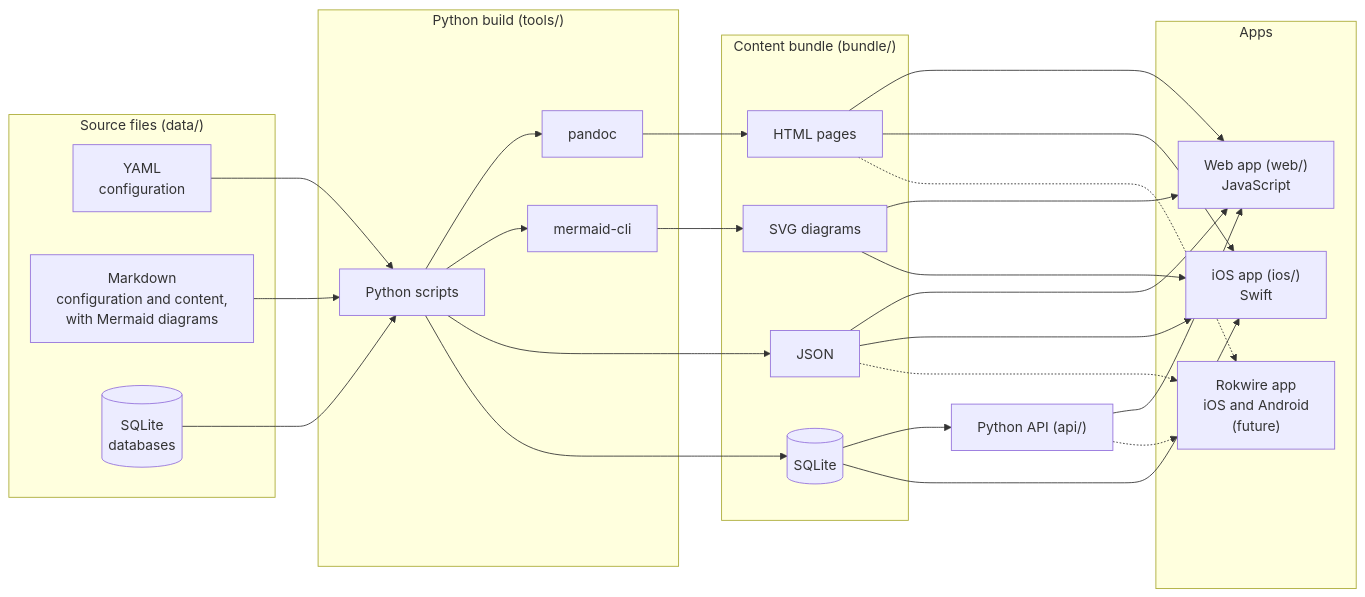
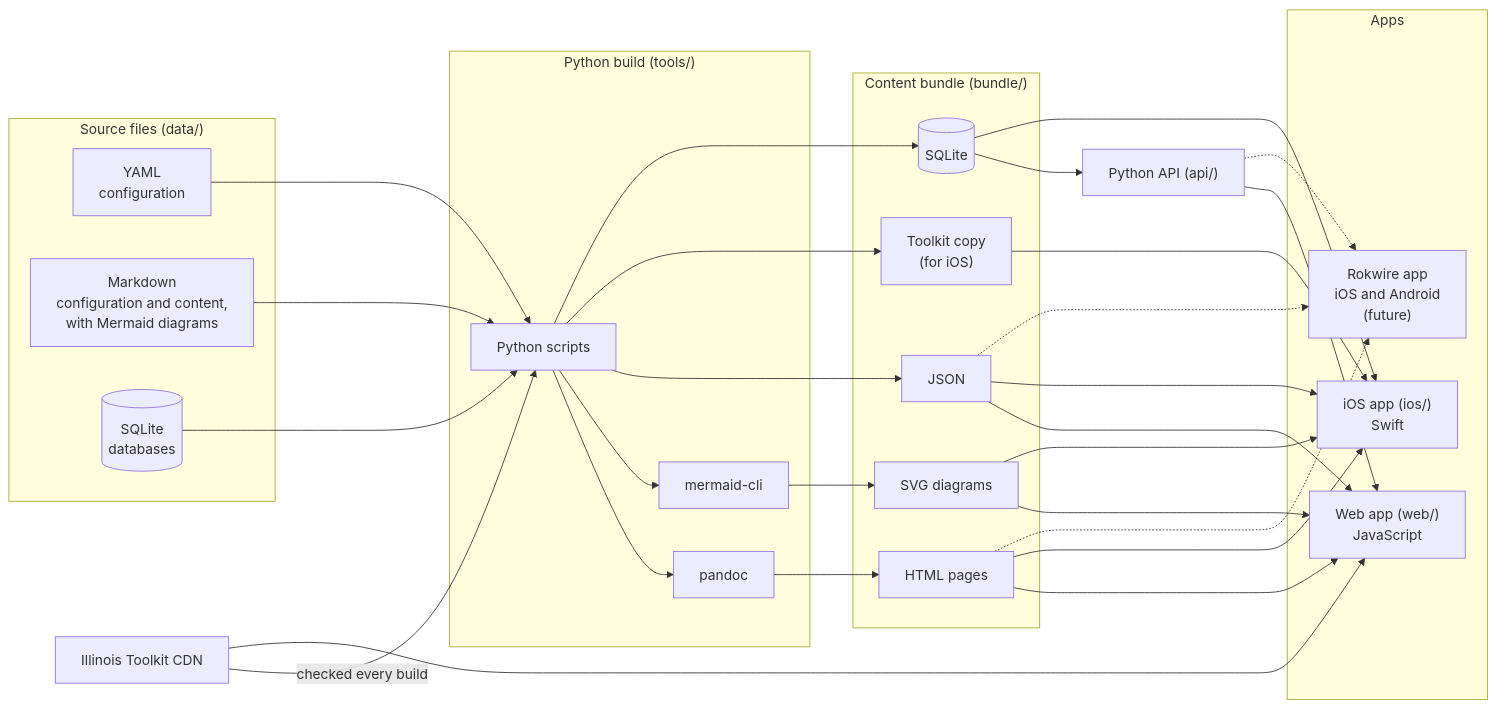
The diagram in doc/config.md (jasonheimbaugh/EMMA), drawn with Mermaid before and after one commit. The commit also changed other lines of this file and 1 other file, not shown here.

Commit message:
Toolkit: latest v3, header and footer on web only, iOS copy refreshed every build

````diff
--- a/doc/config.md
+++ b/doc/config.md
@@ -7,52 +7,57 @@
 ```mermaid
 flowchart LR
     subgraph source["Source files (data/)"]
         yaml["YAML<br/>configuration"]
         md["Markdown<br/>configuration and content,<br/>with Mermaid diagrams"]
         db[("SQLite<br/>databases")]
     end
 
     subgraph build["Python build (tools/)"]
         py["Python scripts"]
         pandoc["pandoc"]
         mmdc["mermaid-cli"]
     end
 
     subgraph bundle["Content bundle (bundle/)"]
         html["HTML pages"]
         svg["SVG diagrams"]
         json["JSON"]
+        tk["Toolkit copy<br/>(for iOS)"]
         dbcopy[("SQLite")]
     end
 
     api["Python API (api/)"]
 
     subgraph apps["Apps"]
         web["Web app (web/)<br/>JavaScript"]
         ios["iOS app (ios/)<br/>Swift"]
         rok["Rokwire app<br/>iOS and Android<br/>(future)"]
     end
 
     yaml --> py
     md --> py
     db --> py
     py --> pandoc --> html
     py --> mmdc --> svg
     py --> json
+    cdn["Illinois Toolkit CDN"] -->|checked every build| py
+    py --> tk
+    tk --> ios
+    cdn --> web
     py --> dbcopy
 
     dbcopy --> api
     api --> web
     html --> web
     svg --> web
     json --> web
 
     html --> ios
     svg --> ios
     json --> ios
     dbcopy --> ios
 
     api -.-> rok
     html -.-> rok
     json -.-> rok
 ```
````
